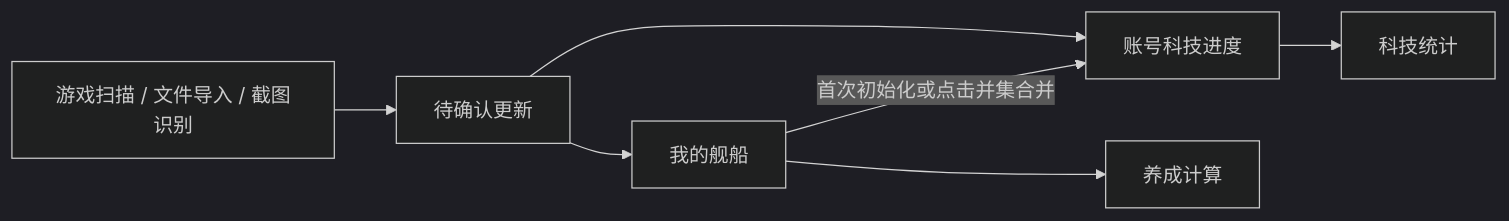
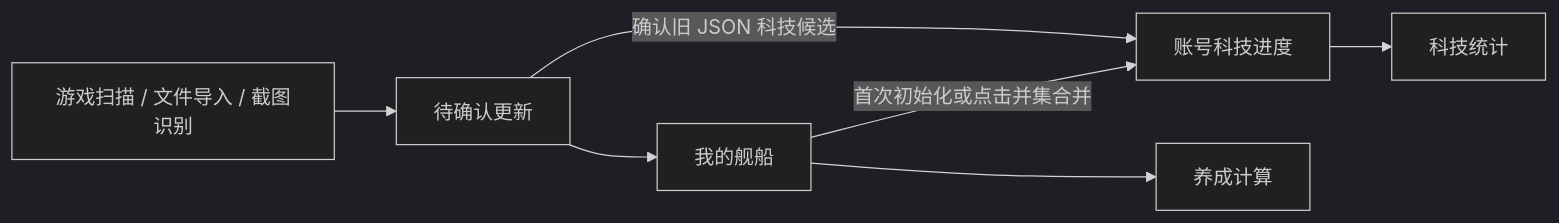
The diagram in docs/modules/webui/fleet-data-refactor-plan.md (361533652/AzurPilot), drawn with Mermaid (dark theme) before and after one commit. The commit also changed other lines of this file and 34 other files, not shown here.

Commit message:
Simplify fleet data flows and fix review findings

````diff
--- a/docs/modules/webui/fleet-data-refactor-plan.md
+++ b/docs/modules/webui/fleet-data-refactor-plan.md
@@ -53,9 +53,9 @@
 ```mermaid
 flowchart LR
     A[游戏扫描 / 文件导入 / 截图识别] --> B[待确认更新]
     B --> C[我的舰船]
-    B --> D[账号科技进度]
+    B -->|确认旧 JSON 科技候选| D[账号科技进度]
     C -->|首次初始化或点击并集合并| D
     C --> E[养成计算]
     D --> F[科技统计]
 ```
````
